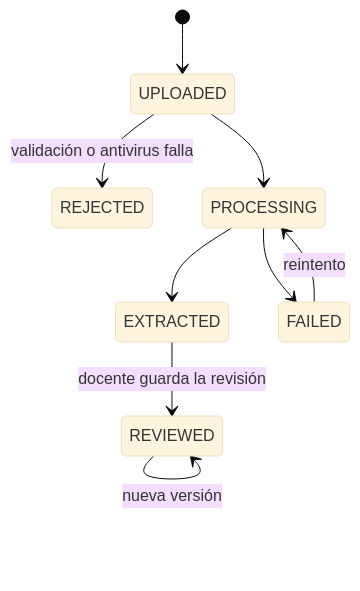
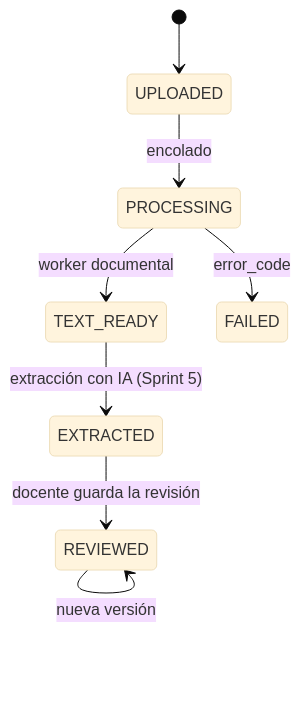
Before and after one commit to kiramman-mp3/sistema-gestion-aprendizaje-IA: the second of 3 diagrams in docs/architecture/modelo-datos.md, drawn with Mermaid (base theme). The commit also changed other lines of this file and 1 other file, not shown here.

Commit message:
docs: update data model and privacy risks for syllabus processing

````diff
--- a/docs/architecture/modelo-datos.md
+++ b/docs/architecture/modelo-datos.md
@@ -230,11 +233,10 @@
 ```mermaid
 stateDiagram-v2
     [*] --> UPLOADED
-    UPLOADED --> REJECTED: validación o antivirus falla
-    UPLOADED --> PROCESSING
-    PROCESSING --> EXTRACTED
-    PROCESSING --> FAILED
-    FAILED --> PROCESSING: reintento
+    UPLOADED --> PROCESSING: encolado
+    PROCESSING --> TEXT_READY: worker documental
+    PROCESSING --> FAILED: error_code
+    TEXT_READY --> EXTRACTED: extracción con IA (Sprint 5)
     EXTRACTED --> REVIEWED: docente guarda la revisión
     REVIEWED --> REVIEWED: nueva versión
 ```
````
